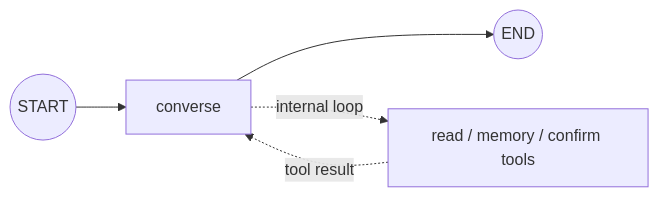
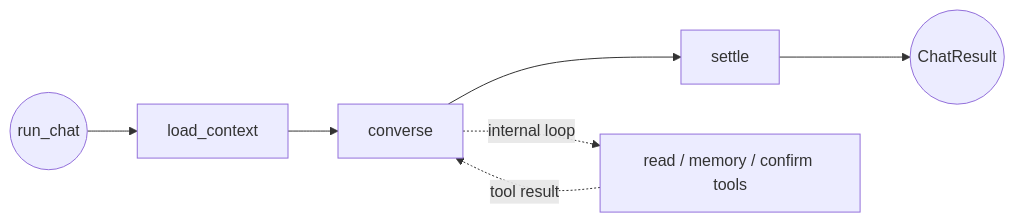
One commit to agent-tracer/tracer-agent-python changed the first of 7 diagrams in src/tracer_agent/worker/agents/chat/README.md. Above: the diagram before and after it, drawn with Mermaid. The commit also changed other lines of this file and 65 other files, not shown here.

````diff
--- a/src/tracer_agent/worker/agents/chat/README.md
+++ b/src/tracer_agent/worker/agents/chat/README.md
@@ -9,7 +9,9 @@
 ```mermaid
 flowchart LR
-    START((START)) --> CONVERSE[converse]
-    CONVERSE --> END((END))
+    START((run_chat)) --> LOAD[load_context]
+    LOAD --> CONVERSE[converse]
+    CONVERSE --> SETTLE[settle]
+    SETTLE --> END((ChatResult))
     CONVERSE -. internal loop .-> TOOLS[read / memory / confirm tools]
     TOOLS -. tool result .-> CONVERSE
 ```
````
